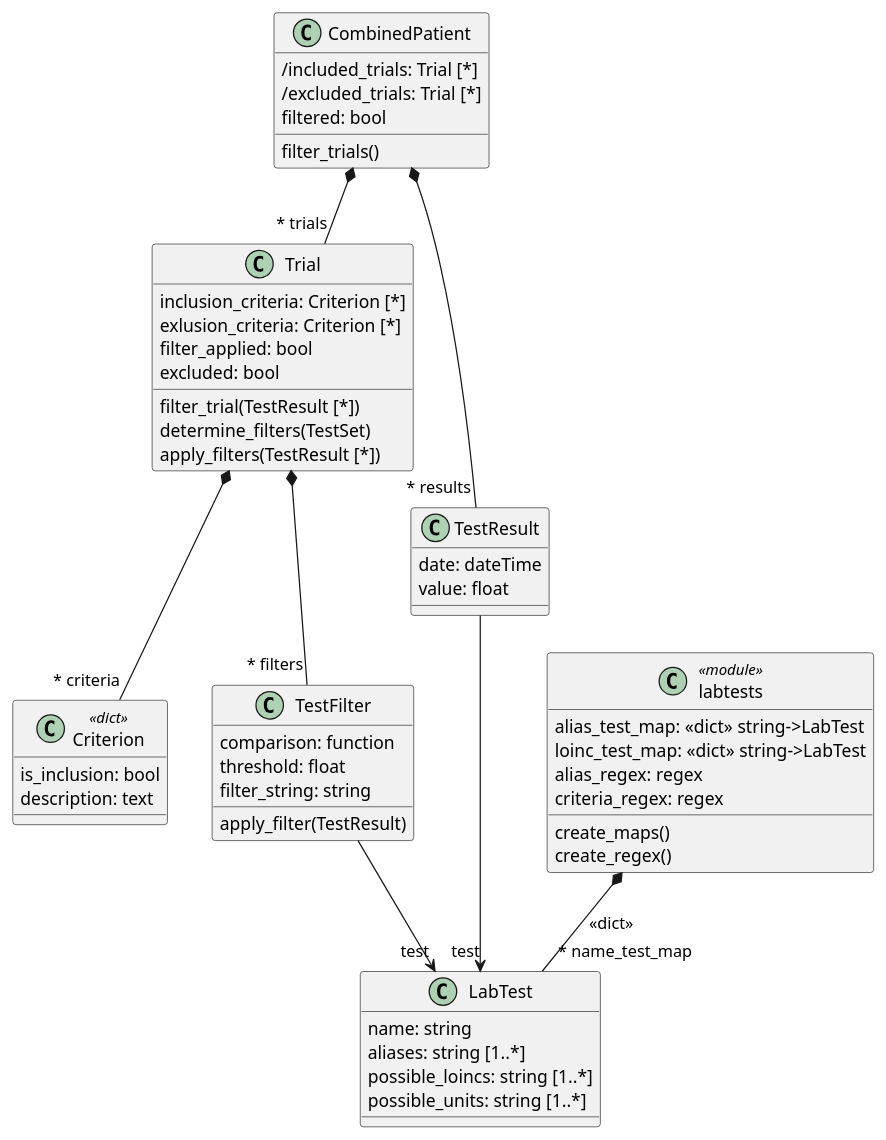
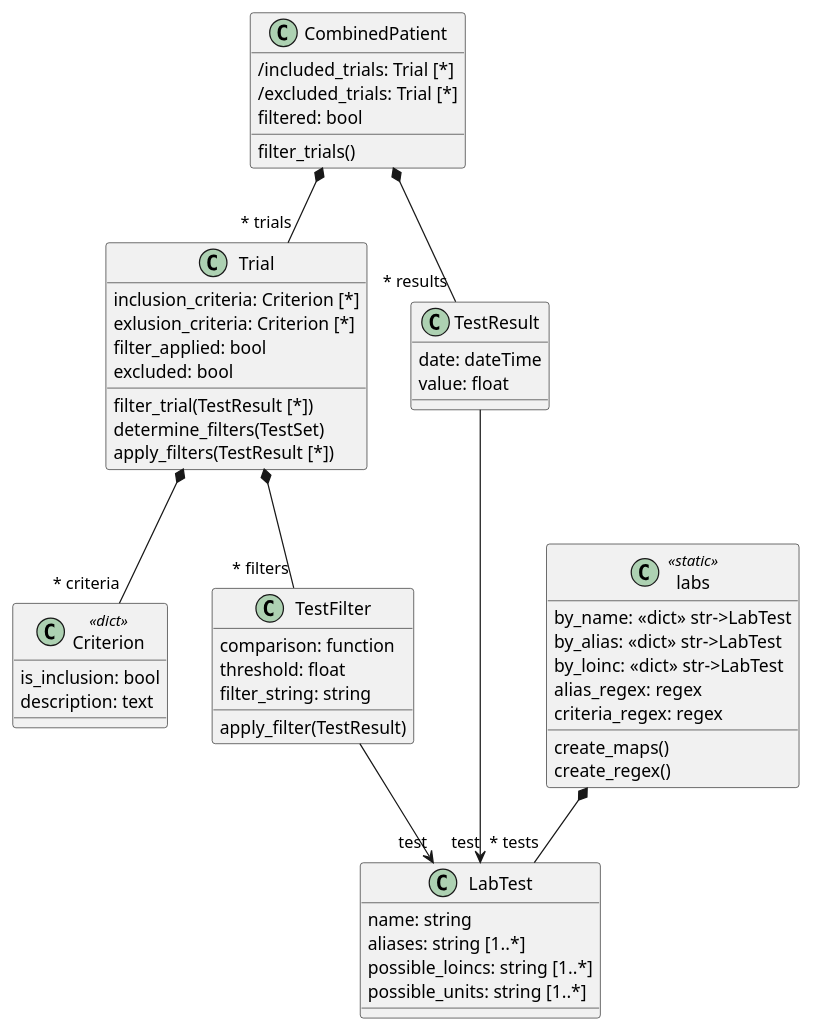
Before and after one commit to girls-computing-league/clinical-trial-selector: the diagram in models/trial_model.md, drawn with PlantUML. The commit also changed 4 other files, not shown here.

Commit message:
initial labs module

````diff
--- a/models/trial_model.md
+++ b/models/trial_model.md
@@ -8,55 +8,56 @@
 ```plantuml
 @startuml trialmodel
     class CombinedPatient {
         /included_trials: Trial [*]
         /excluded_trials: Trial [*]
         filtered: bool
         filter_trials()
     }
     class Trial {
         inclusion_criteria: Criterion [*]
         exlusion_criteria: Criterion [*]
         filter_applied: bool
         excluded: bool
         filter_trial(TestResult [*])
         determine_filters(TestSet)
         apply_filters(TestResult [*])
     }
     class Criterion <<dict>> {
         is_inclusion: bool
         description: text
     }
     class TestFilter {
         comparison: function
         threshold: float
         filter_string: string
         apply_filter(TestResult)
     }
     class LabTest {
         name: string
         aliases: string [1..*]
         possible_loincs: string [1..*]
         possible_units: string [1..*]
     }
-    class labtests <<module>> {
-        alias_test_map: <<dict>> string->LabTest
-        loinc_test_map: <<dict>> string->LabTest
+    class labs <<static>> {
+        by_name: <<dict>> str->LabTest
+        by_alias: <<dict>> str->LabTest
+        by_loinc: <<dict>> str->LabTest
         alias_regex: regex
         criteria_regex: regex
         create_maps()
         create_regex()
     }
     class TestResult {
         date: dateTime
         value: float
     }
 
     CombinedPatient *-- "~* trials" Trial
     CombinedPatient *-- "~* results" TestResult
     TestResult --> "test" LabTest
     Trial *-- "~* filters" TestFilter 
     Trial *-- "~* criteria" Criterion 
     TestFilter --> "test" LabTest
-    labtests *-- "~* name_test_map" LabTest : <<dict>>
+    labs *-- "~* tests" LabTest 
 @enduml
 ```
````
